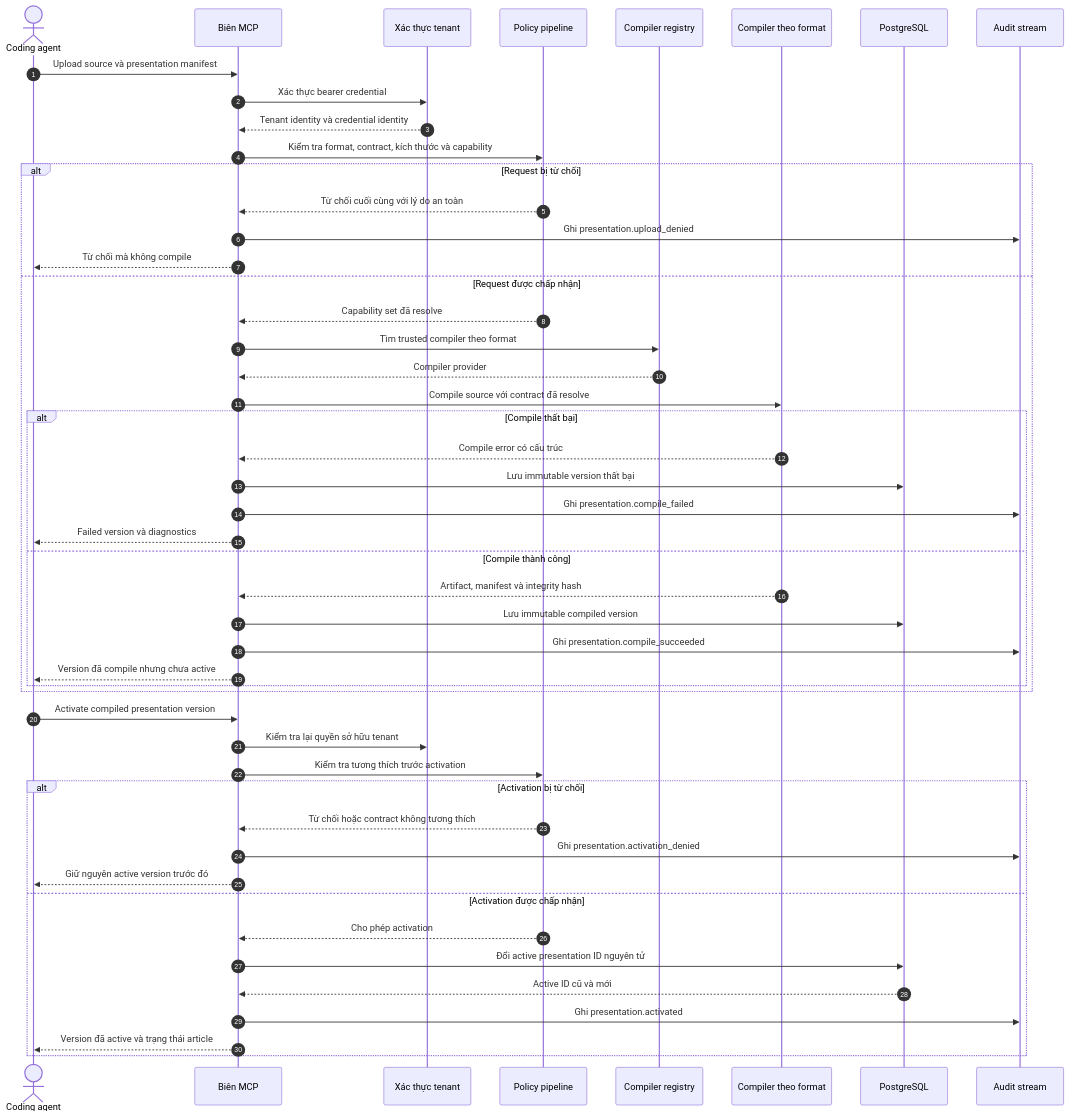
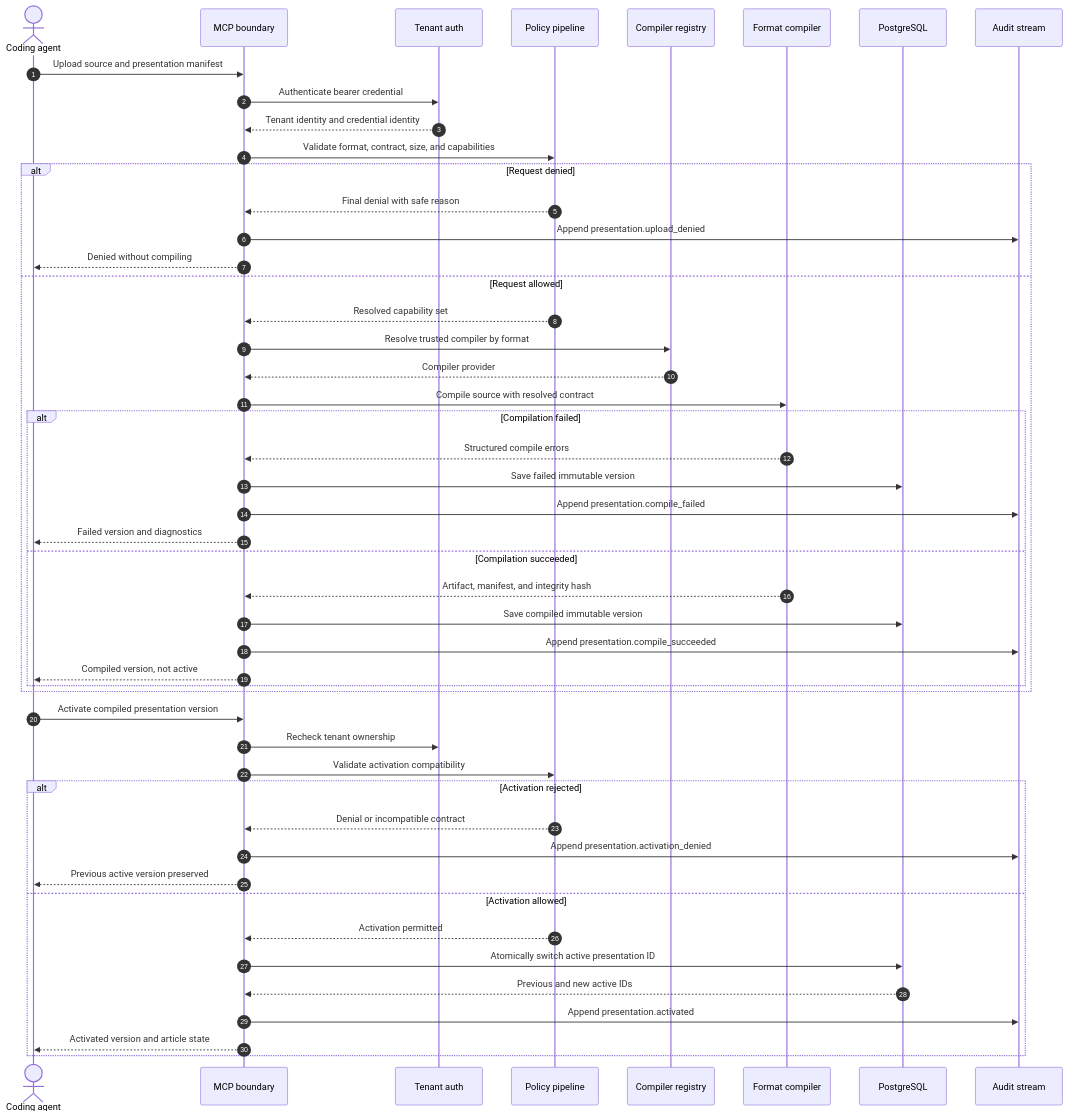
Before and after one commit to fishperson113/agent-native-cms: the third of 5 diagrams in docs/future/architecture-diagrams.md, drawn with Mermaid. The commit also changed other lines of this file, not shown here.

Commit message:
docs: use English labels in architecture diagrams

````diff
--- a/docs/future/architecture-diagrams.md
+++ b/docs/future/architecture-diagrams.md
@@ -146,56 +146,56 @@
 ```mermaid
 sequenceDiagram
   autonumber
   actor Agent as Coding agent
-  participant MCP as Biên MCP
-  participant Auth as Xác thực tenant
+  participant MCP as MCP boundary
+  participant Auth as Tenant auth
   participant Policy as Policy pipeline
   participant Registry as Compiler registry
-  participant Compiler as Compiler theo format
+  participant Compiler as Format compiler
   participant Store as PostgreSQL
   participant Audit as Audit stream
 
-  Agent->>MCP: Upload source và presentation manifest
-  MCP->>Auth: Xác thực bearer credential
-  Auth-->>MCP: Tenant identity và credential identity
-  MCP->>Policy: Kiểm tra format, contract, kích thước và capability
+  Agent->>MCP: Upload source and presentation manifest
+  MCP->>Auth: Authenticate bearer credential
+  Auth-->>MCP: Tenant identity and credential identity
+  MCP->>Policy: Validate format, contract, size, and capabilities
 
-  alt Request bị từ chối
-    Policy-->>MCP: Từ chối cuối cùng với lý do an toàn
-    MCP->>Audit: Ghi presentation.upload_denied
-    MCP-->>Agent: Từ chối mà không compile
-  else Request được chấp nhận
-    Policy-->>MCP: Capability set đã resolve
-    MCP->>Registry: Tìm trusted compiler theo format
+  alt Request denied
+    Policy-->>MCP: Final denial with safe reason
+    MCP->>Audit: Append presentation.upload_denied
+    MCP-->>Agent: Denied without compiling
+  else Request allowed
+    Policy-->>MCP: Resolved capability set
+    MCP->>Registry: Resolve trusted compiler by format
     Registry-->>MCP: Compiler provider
-    MCP->>Compiler: Compile source với contract đã resolve
+    MCP->>Compiler: Compile source with resolved contract
 
-    alt Compile thất bại
-      Compiler-->>MCP: Compile error có cấu trúc
-      MCP->>Store: Lưu immutable version thất bại
-      MCP->>Audit: Ghi presentation.compile_failed
-      MCP-->>Agent: Failed version và diagnostics
-    else Compile thành công
-      Compiler-->>MCP: Artifact, manifest và integrity hash
-      MCP->>Store: Lưu immutable compiled version
-      MCP->>Audit: Ghi presentation.compile_succeeded
-      MCP-->>Agent: Version đã compile nhưng chưa active
+    alt Compilation failed
+      Compiler-->>MCP: Structured compile errors
+      MCP->>Store: Save failed immutable version
+      MCP->>Audit: Append presentation.compile_failed
+      MCP-->>Agent: Failed version and diagnostics
+    else Compilation succeeded
+      Compiler-->>MCP: Artifact, manifest, and integrity hash
+      MCP->>Store: Save compiled immutable version
+      MCP->>Audit: Append presentation.compile_succeeded
+      MCP-->>Agent: Compiled version, not active
     end
   end
 
   Agent->>MCP: Activate compiled presentation version
-  MCP->>Auth: Kiểm tra lại quyền sở hữu tenant
-  MCP->>Policy: Kiểm tra tương thích trước activation
+  MCP->>Auth: Recheck tenant ownership
+  MCP->>Policy: Validate activation compatibility
 
-  alt Activation bị từ chối
-    Policy-->>MCP: Từ chối hoặc contract không tương thích
-    MCP->>Audit: Ghi presentation.activation_denied
-    MCP-->>Agent: Giữ nguyên active version trước đó
-  else Activation được chấp nhận
-    Policy-->>MCP: Cho phép activation
-    MCP->>Store: Đổi active presentation ID nguyên tử
-    Store-->>MCP: Active ID cũ và mới
-    MCP->>Audit: Ghi presentation.activated
-    MCP-->>Agent: Version đã active và trạng thái article
+  alt Activation rejected
+    Policy-->>MCP: Denial or incompatible contract
+    MCP->>Audit: Append presentation.activation_denied
+    MCP-->>Agent: Previous active version preserved
+  else Activation allowed
+    Policy-->>MCP: Activation permitted
+    MCP->>Store: Atomically switch active presentation ID
+    Store-->>MCP: Previous and new active IDs
+    MCP->>Audit: Append presentation.activated
+    MCP-->>Agent: Activated version and article state
   end
 ```
````
